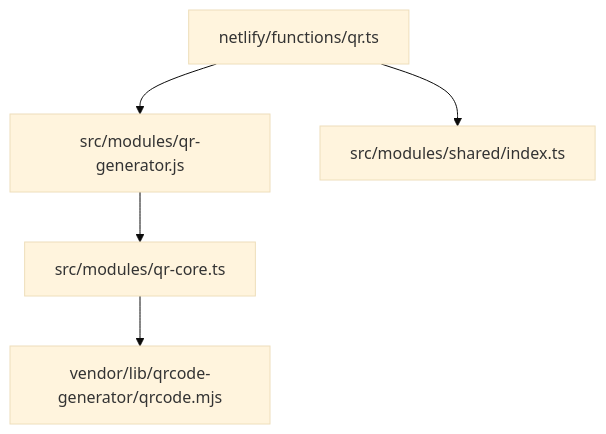
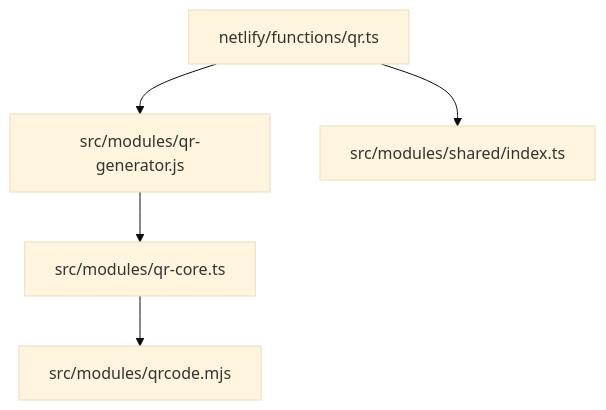
Before and after one commit to maldous/anqr-i18n: the second of 3 diagrams in knowledge.md, drawn with Mermaid (base theme). The commit also changed other lines of this file and 1 other file, not shown here.

````diff
--- a/knowledge.md
+++ b/knowledge.md
@@ -71,7 +71,7 @@
 ```mermaid
 flowchart TD
   S[netlify/functions/qr.ts] --> G[src/modules/qr-generator.js]
   S --> SH[src/modules/shared/index.ts]
   G --> M[src/modules/qr-core.ts]
-  M --> N[vendor/lib/qrcode-generator/qrcode.mjs]
+  M --> N[src/modules/qrcode.mjs]
 ```
````
